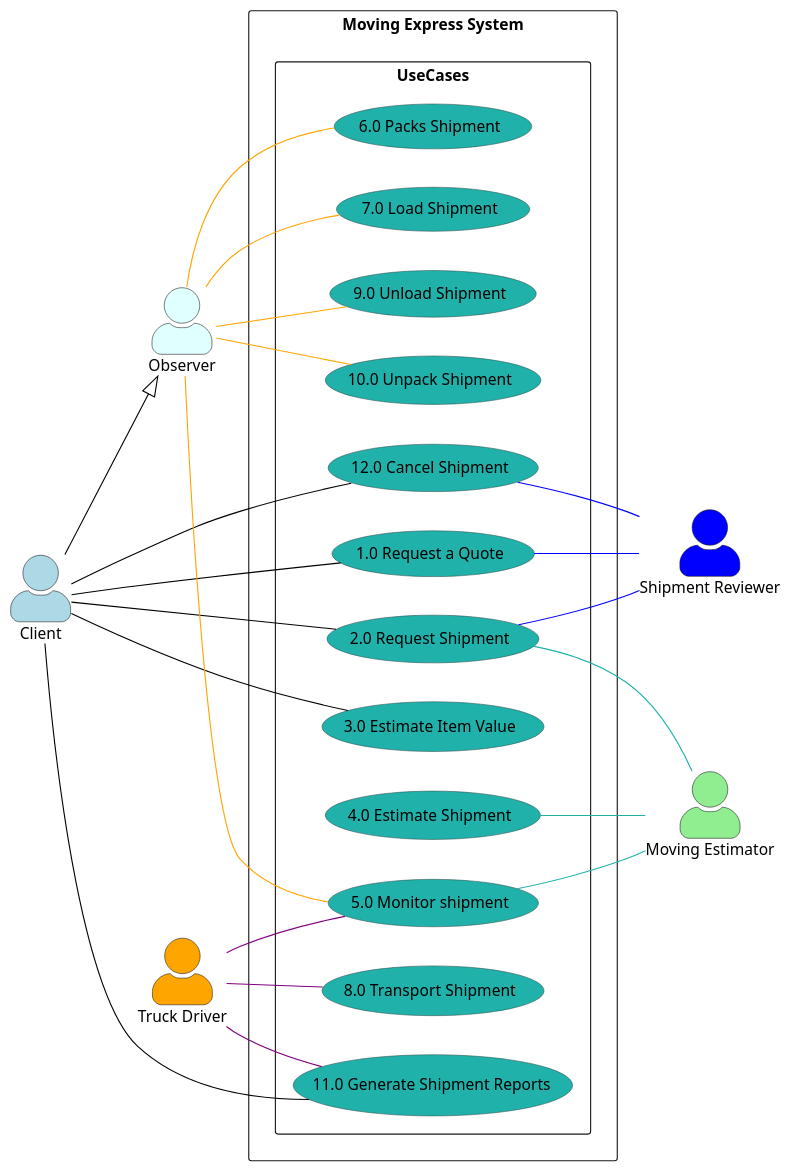
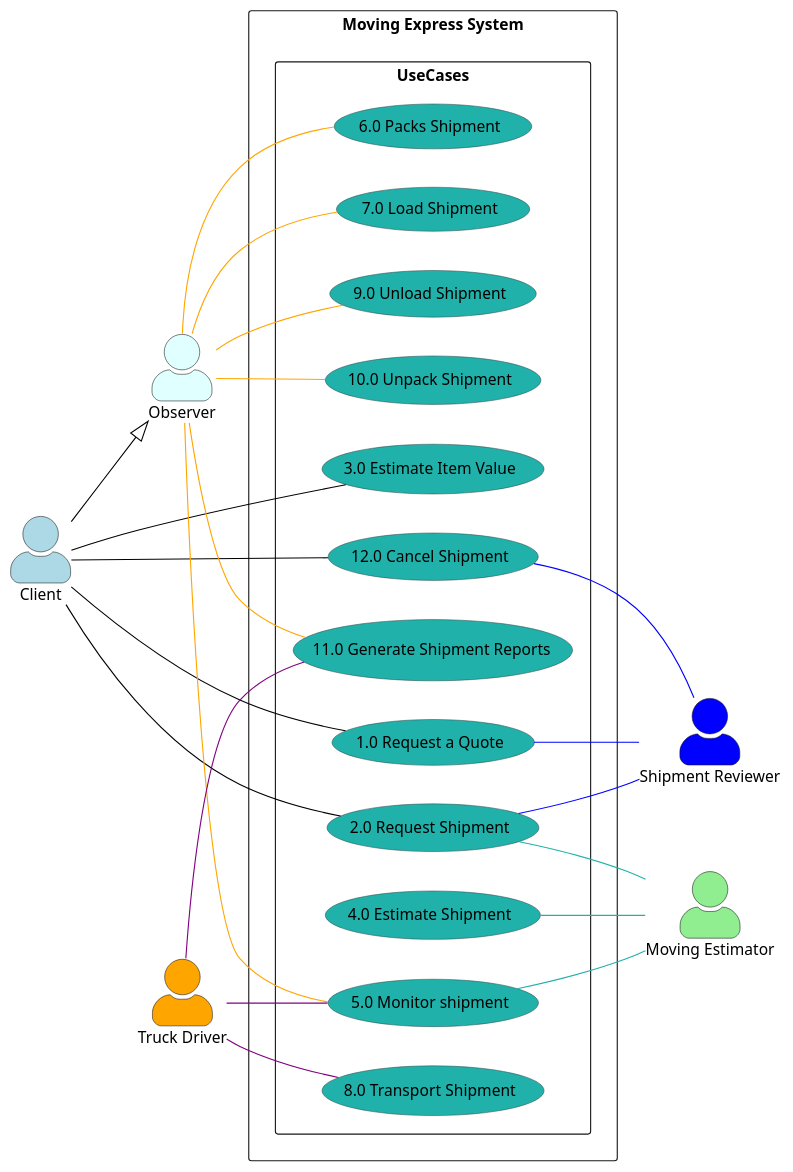
Before and after one commit to nic5694/Moving-Express: the diagram in Diagrams/UseCaseDiagrams/HighShipmentMS.puml, drawn with PlantUML. The commit also changed 2 other files, not shown here.

```diff
--- a/Diagrams/UseCaseDiagrams/HighShipmentMS.puml
+++ b/Diagrams/UseCaseDiagrams/HighShipmentMS.puml
@@ -1,64 +1,65 @@
 @startuml
 
 left to right direction
 skinparam actorStyle awesome
 skinparam usecase {
     BackgroundColor DarkSeaGreen
     BorderColor DarkSlateGray
     ArrowColor Black
     ActorBorderColor black
     ActorFontName Courier
     ActorBackgroundColor<< Human >> Gold
 }
 
 actor Client as "Client" #LightBlue
 actor "Moving Estimator" as MovingEstimator #LightGreen
 actor "Truck Driver" as VanDriver #Orange
 actor "Shipment Reviewer" as ShipmentReviewer #Blue
 actor "Observer" as Observer #LightCyan
 
 rectangle "Moving Express System" {
     rectangle UseCases {
       usecase "1.0 Request a Quote" as UC1 #LightSeaGreen
       usecase "2.0 Request Shipment" as UC2 #LightSeaGreen
       usecase "3.0 Estimate Item Value" as UC3 #LightSeaGreen
       usecase "4.0 Estimate Shipment" as UC4 #LightSeaGreen
       usecase "5.0 Monitor shipment" as UC5 #LightSeaGreen
       usecase "8.0 Transport Shipment" as UC8 #LightSeaGreen
       usecase "6.0 Packs Shipment" as UC6 #LightSeaGreen
       usecase "7.0 Load Shipment" as UC7 #LightSeaGreen
       usecase "9.0 Unload Shipment" as UC9 #LightSeaGreen
       usecase "10.0 Unpack Shipment" as UC10 #LightSeaGreen
       usecase "11.0 Generate Shipment Reports" as UC11 #LightSeaGreen
       usecase "12.0 Cancel Shipment" as UC12 #LightSeaGreen
     }
 }
 
 Client --|> Observer
 
 Client --- UC12
 Client -- UC1
 Client --- UC3
 Client --- UC2
-Client -- UC11
+
 
 
 UC2 -[#LightSeaGreen]- MovingEstimator
 UC4 -[#LightSeaGreen]- MovingEstimator
 UC5 -[#LightSeaGreen]- MovingEstimator
 
 Observer -[#Orange]- UC5
 Observer -[#Orange] UC6
 Observer -[#Orange] UC7
 Observer -[#Orange] UC9
 Observer -[#Orange]- UC10
+Observer -[#Orange]- UC11
 
 VanDriver --[#Purple]- UC11
 UC5 --[#Purple]-- VanDriver
 VanDriver -[#Purple]- UC8
 
 UC2 -[#Blue]- ShipmentReviewer
 UC1 -[#Blue]- ShipmentReviewer
 UC12 -[#Blue]- ShipmentReviewer
 
 @enduml
```
